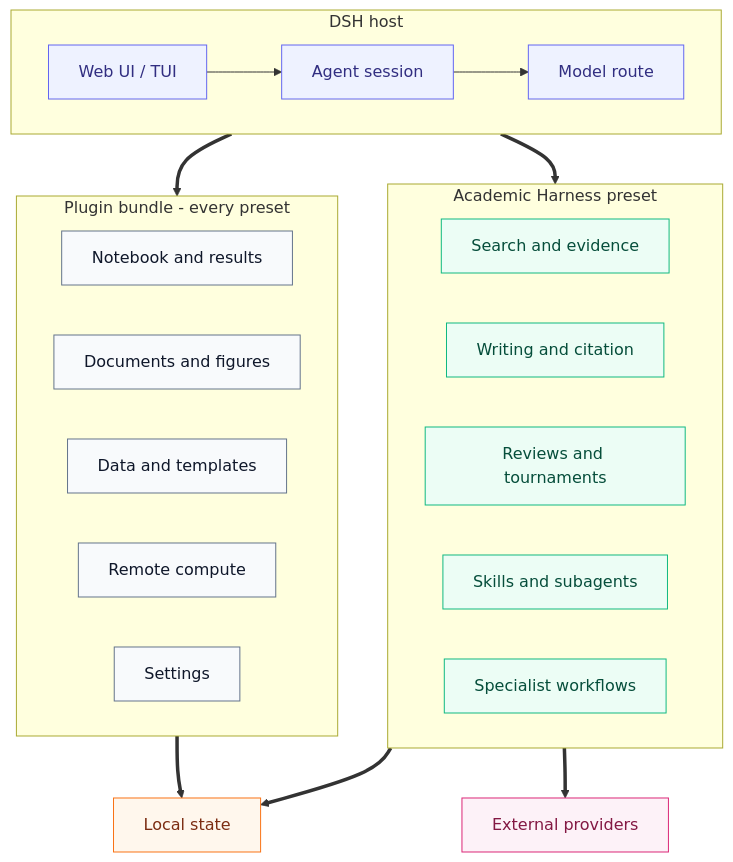
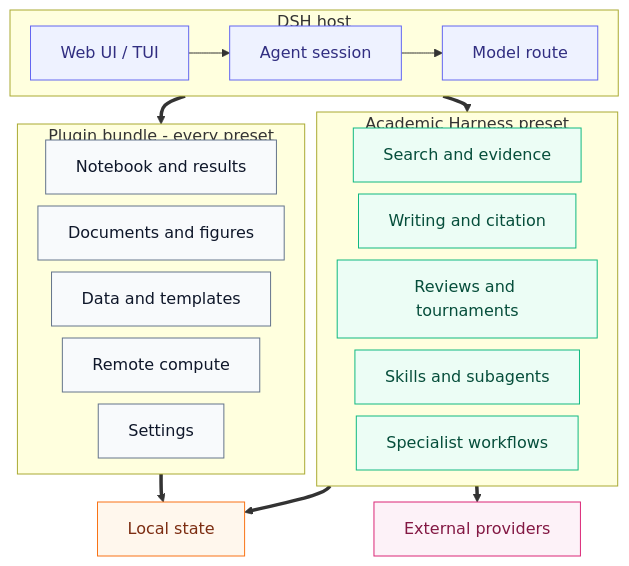
Before and after one commit to raktim-mondol/academic-harness: the diagram in docs/diagrams/architecture.mmd, drawn with Mermaid. The commit also changed 2 other files, not shown here.

Commit message:
docs: compact architecture diagram with per-diagram build options

```diff
--- a/docs/diagrams/architecture.mmd
+++ b/docs/diagrams/architecture.mmd
@@ -1,43 +1,45 @@
+%%build: {"fontSize": 12}
+%%{init: {"flowchart": {"nodeSpacing": 12, "rankSpacing": 16}}}%%
 flowchart TB
   subgraph host[DSH host]
     direction LR
     ui[Web UI / TUI] --> agent[Agent session] --> model[Model route]
   end
 
   subgraph bundle[Plugin bundle - every preset]
     direction LR
     b1[Notebook and results]
     b2[Documents and figures]
     b3[Data and templates]
     b4[Remote compute]
     b5[Settings]
   end
 
   subgraph preset[Academic Harness preset]
     direction LR
     p1[Search and evidence]
     p2[Writing and citation]
     p3[Reviews and tournaments]
     p4[Skills and subagents]
     p5[Specialist workflows]
   end
 
   providers[External providers]
   state[Local state]
 
   host ==> bundle
   host ==> preset
   bundle ==> state
   preset ==> providers
   preset ==> state
 
   classDef host fill:#eef2ff,stroke:#6366f1,color:#312e81
   classDef bundle fill:#f8fafc,stroke:#64748b,color:#0f172a
   classDef preset fill:#ecfdf5,stroke:#10b981,color:#064e3b
   classDef state fill:#fff7ed,stroke:#f97316,color:#7c2d12
   classDef external fill:#fdf2f8,stroke:#db2777,color:#831843
   class ui,agent,model host
   class b1,b2,b3,b4,b5 bundle
   class p1,p2,p3,p4,p5 preset
   class state state
   class providers external
```
